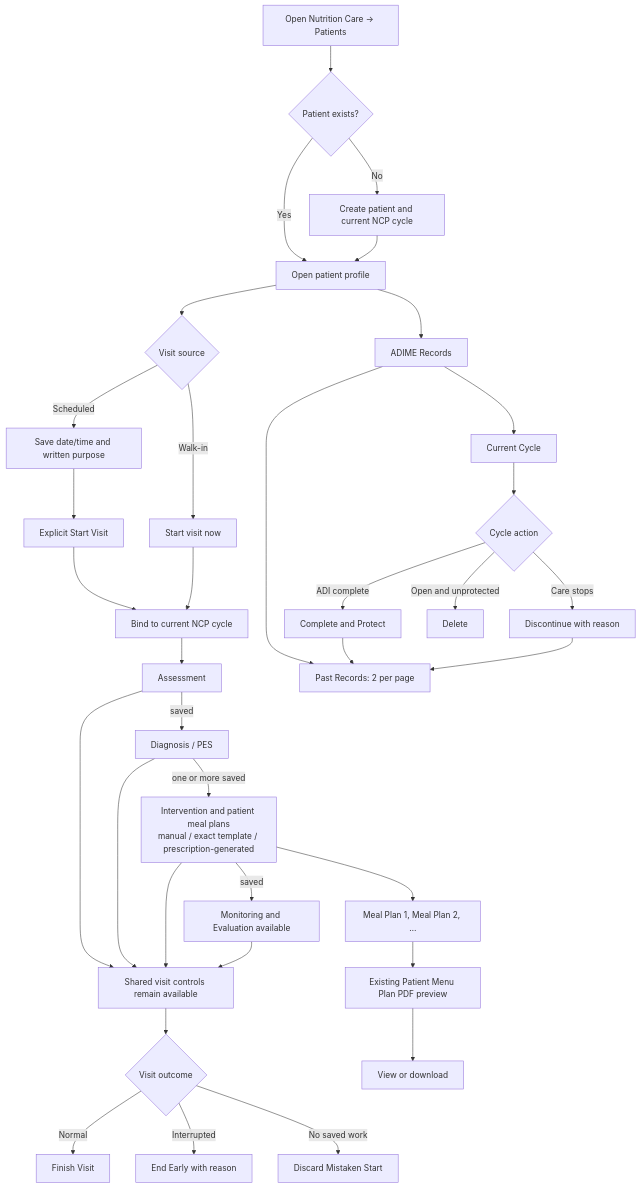
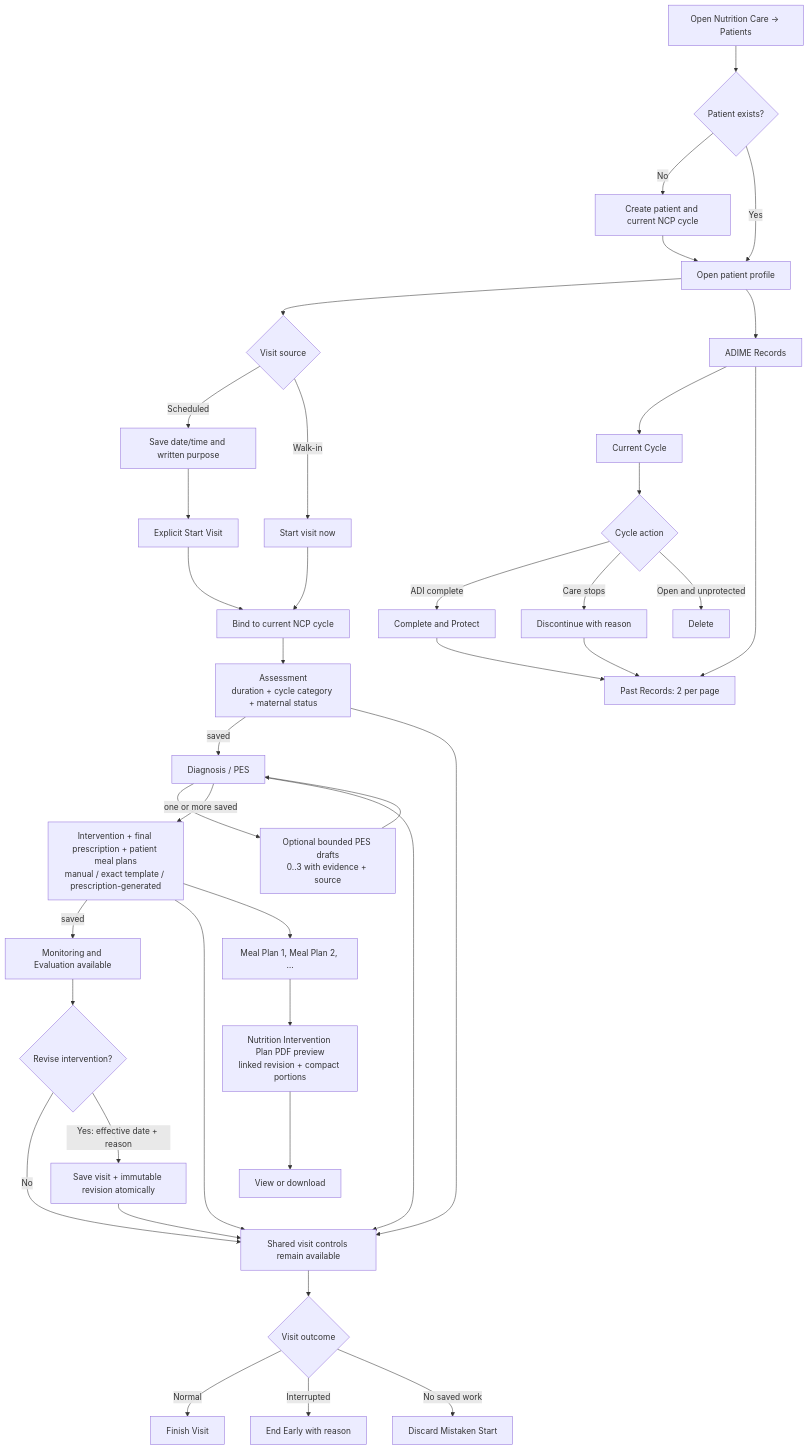
Before and after one commit to ja2gc/Nutriscope: the second of 9 diagrams in docs/module-workflow-flowchart.md, drawn with Mermaid. The commit also changed other lines of this file and 11 other files, not shown here.

````diff
--- a/docs/module-workflow-flowchart.md
+++ b/docs/module-workflow-flowchart.md
@@ -62,40 +62,45 @@
 ```mermaid
 flowchart TD
     A["Open Nutrition Care → Patients"] --> B{"Patient exists?"}
     B -->|"No"| C["Create patient and current NCP cycle"]
     B -->|"Yes"| D["Open patient profile"]
     C --> D
     D --> E{"Visit source"}
     E -->|"Scheduled"| F["Save date/time and written purpose"]
     E -->|"Walk-in"| G["Start visit now"]
     F --> H["Explicit Start Visit"]
     H --> I["Bind to current NCP cycle"]
     G --> I
 
-    I --> J["Assessment"]
+    I --> J["Assessment<br/>duration + cycle category + maternal status"]
     J -->|"saved"| K["Diagnosis / PES"]
-    K -->|"one or more saved"| L["Intervention and patient meal plans<br/>manual / exact template / prescription-generated"]
+    K --> K1["Optional bounded PES drafts<br/>0..3 with evidence + source"]
+    K1 --> K
+    K -->|"one or more saved"| L["Intervention + final prescription + patient meal plans<br/>manual / exact template / prescription-generated"]
     L -->|"saved"| M["Monitoring and Evaluation available"]
+    M --> M1{"Revise intervention?"}
+    M1 -->|"No"| N
+    M1 -->|"Yes: effective date + reason"| M2["Save visit + immutable revision atomically"]
+    M2 --> N
     J --> N["Shared visit controls remain available"]
     K --> N
     L --> N
-    M --> N
     N --> O{"Visit outcome"}
     O -->|"Normal"| P["Finish Visit"]
     O -->|"Interrupted"| Q["End Early with reason"]
     O -->|"No saved work"| R["Discard Mistaken Start"]
 
     D --> S["ADIME Records"]
     S --> T["Current Cycle"]
     S --> U["Past Records: 2 per page"]
     T --> V{"Cycle action"}
     V -->|"ADI complete"| W["Complete and Protect"]
     V -->|"Care stops"| X["Discontinue with reason"]
     V -->|"Open and unprotected"| Y["Delete"]
     W --> U
     X --> U
 
     L --> Z["Meal Plan 1, Meal Plan 2, …"]
-    Z --> AA["Existing Patient Menu Plan PDF preview"]
+    Z --> AA["Nutrition Intervention Plan PDF preview<br/>linked revision + compact portions"]
     AA --> AB["View or download"]
 ```
````
